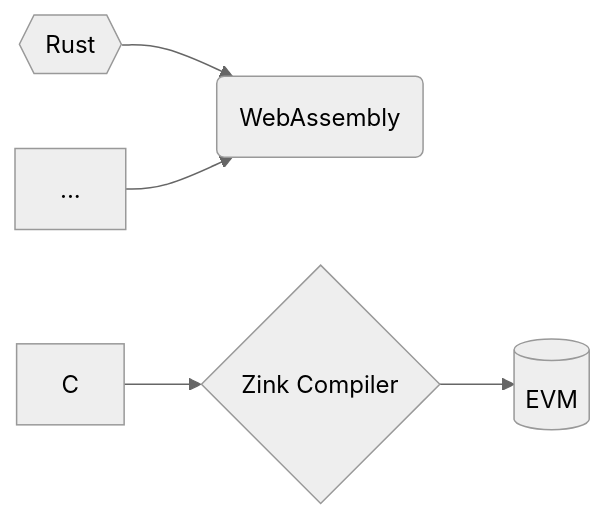
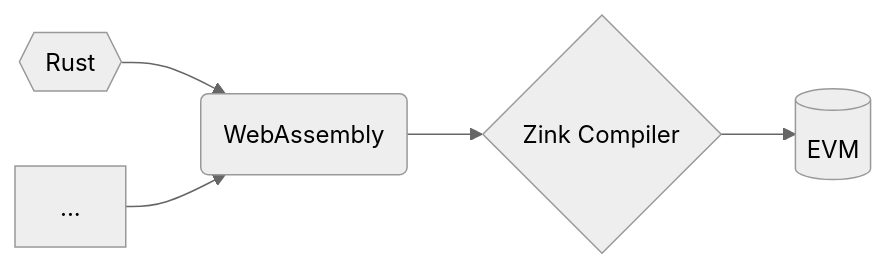
Before and after one commit to zink-lang/zink: the diagram in README.md, drawn with Mermaid (neutral theme). The commit also changed 1 other file, not shown here.

````diff
--- a/README.md
+++ b/README.md
@@ -13,7 +13,7 @@
 ```mermaid
 flowchart LR
     R{{Rust}} --> W(WebAssembly)
     O[...] --> W
-    C --> Z{Zink Compiler}
+    W --> Z{Zink Compiler}
     Z --> V[(EVM)]
 ```
````
